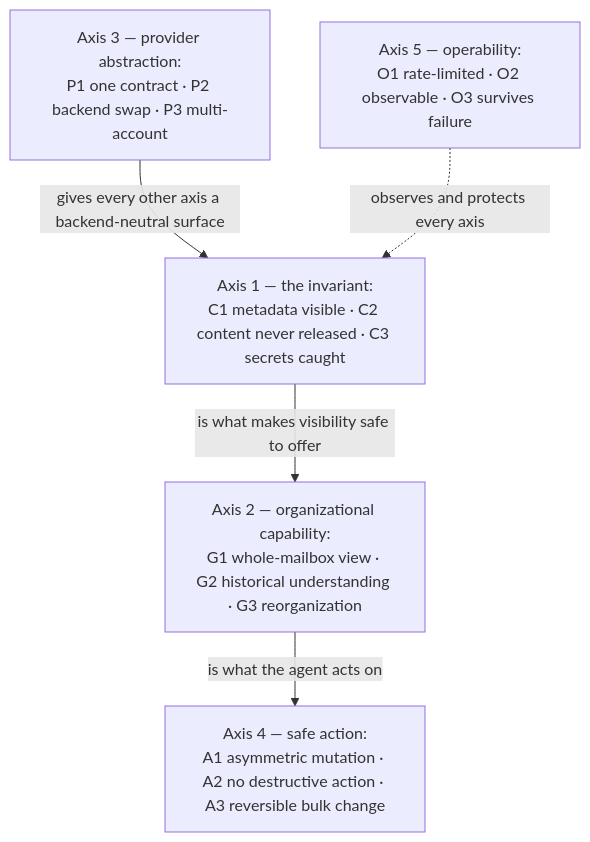
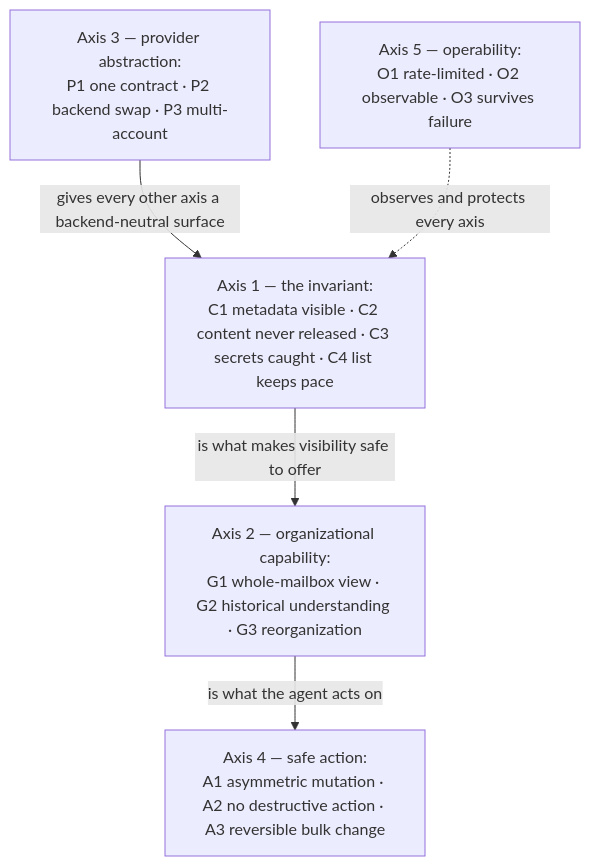
One commit to ppat/mediated-mailbox-mcp changed the diagram in USE_CASES.md. Above: the diagram before and after it, drawn with Mermaid. The commit also changed other lines of this file and 2 other files, not shown here.

First line of the commit message:
docs: record outcome C4 — the sensitive-sender list keeps pace with the mailbox (#14)

````diff
--- a/USE_CASES.md
+++ b/USE_CASES.md
@@ -72,12 +72,12 @@
 ```mermaid
 flowchart TB
-    C["Axis 1 — the invariant:<br/>C1 metadata visible · C2 content never released · C3 secrets caught"]
+    C["Axis 1 — the invariant:<br/>C1 metadata visible · C2 content never released · C3 secrets caught · C4 list keeps pace"]
     G["Axis 2 — organizational capability:<br/>G1 whole-mailbox view · G2 historical understanding · G3 reorganization"]
     P["Axis 3 — provider abstraction:<br/>P1 one contract · P2 backend swap · P3 multi-account"]
     A["Axis 4 — safe action:<br/>A1 asymmetric mutation · A2 no destructive action · A3 reversible bulk change"]
     O["Axis 5 — operability:<br/>O1 rate-limited · O2 observable · O3 survives failure"]
     P -->|"gives every other axis a backend-neutral surface"| C
     C -->|"is what makes visibility safe to offer"| G
     G -->|"is what the agent acts on"| A
     O -.->|"observes and protects every axis"| C
 ```
````
